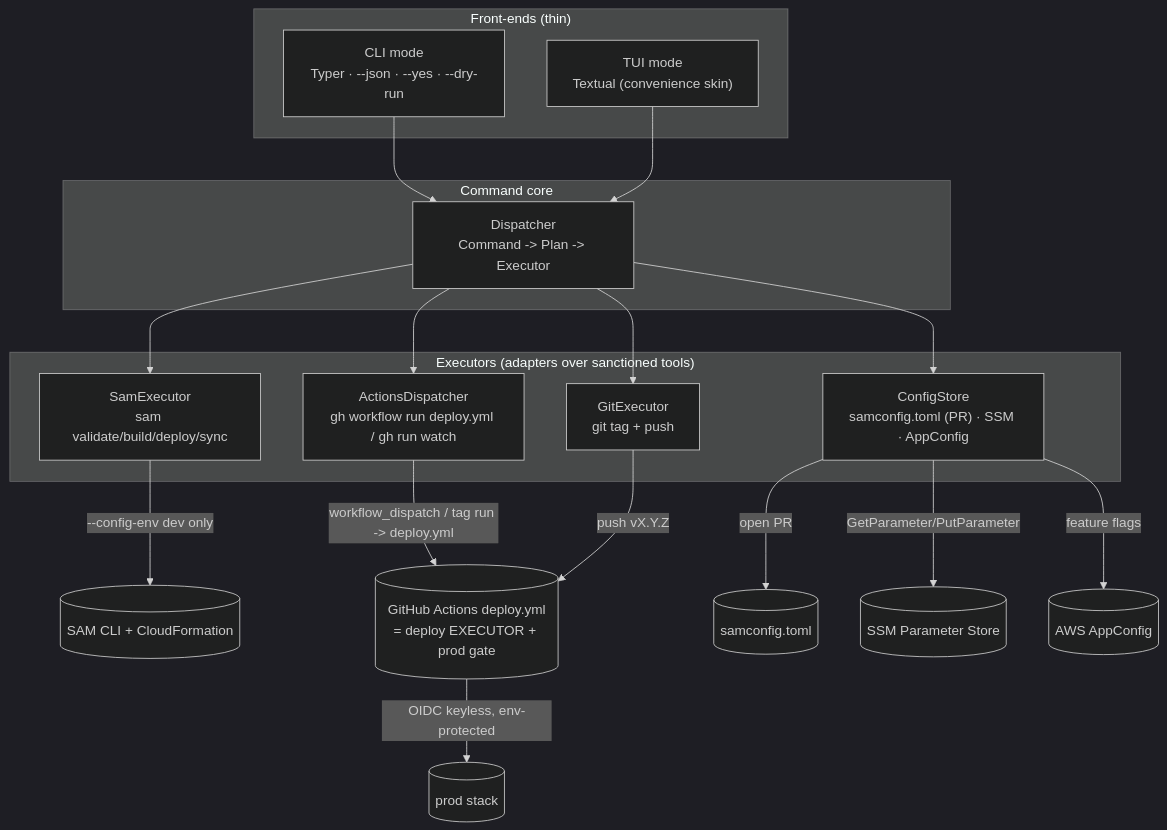
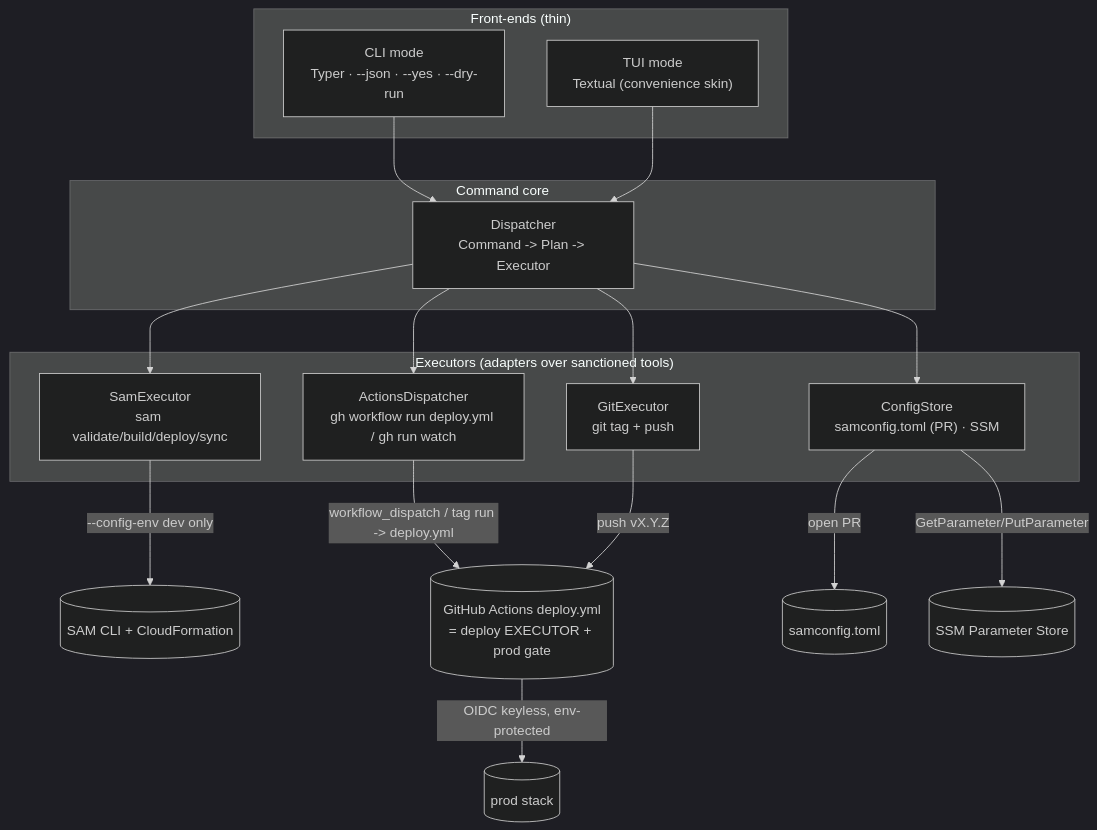
The first of 2 diagrams in .kiro/specs/deploy-control-plane/design.md (RyanYCT/bdo-market-insights), drawn with Mermaid (dark theme) before and after one commit. The commit also changed other lines of this file and 4 other files, not shown here.

````diff
--- a/.kiro/specs/deploy-control-plane/design.md
+++ b/.kiro/specs/deploy-control-plane/design.md
@@ -45,33 +46,32 @@
 ```mermaid
 graph TD
     subgraph FE["Front-ends (thin)"]
         CLI["CLI mode<br/>Typer · --json · --yes · --dry-run"]
         TUI["TUI mode<br/>Textual (convenience skin)"]
     end
 
     subgraph Core["Command core"]
         DISP["Dispatcher<br/>Command -> Plan -> Executor"]
     end
 
     subgraph EX["Executors (adapters over sanctioned tools)"]
         SAM["SamExecutor<br/>sam validate/build/deploy/sync"]
         ACT["ActionsDispatcher<br/>gh workflow run deploy.yml / gh run watch"]
         GIT["GitExecutor<br/>git tag + push"]
-        CS["ConfigStore<br/>samconfig.toml (PR) · SSM · AppConfig"]
+        CS["ConfigStore<br/>samconfig.toml (PR) · SSM"]
     end
 
     CLI --> DISP
     TUI --> DISP
     DISP --> SAM
     DISP --> ACT
     DISP --> GIT
     DISP --> CS
 
     SAM -->|"--config-env dev only"| SAMCLI[("SAM CLI + CloudFormation")]
     ACT -->|"workflow_dispatch / tag run -> deploy.yml"| GHA[("GitHub Actions deploy.yml<br/>= deploy EXECUTOR + prod gate")]
     GIT -->|"push vX.Y.Z"| GHA
     CS -->|"open PR"| TOML[("samconfig.toml")]
     CS -->|"GetParameter/PutParameter"| SSM[("SSM Parameter Store")]
-    CS -->|"feature flags"| APPCFG[("AWS AppConfig")]
     GHA -->|"OIDC keyless, env-protected"| PROD[("prod stack")]
 ```
````
